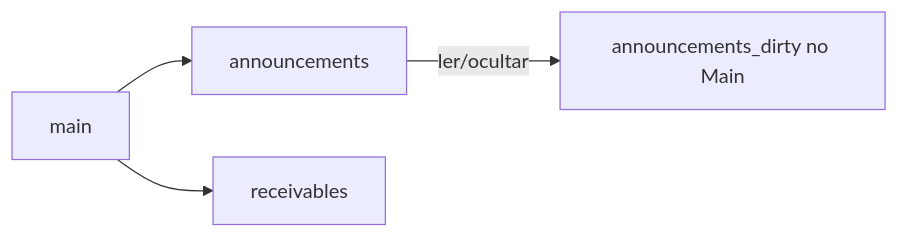
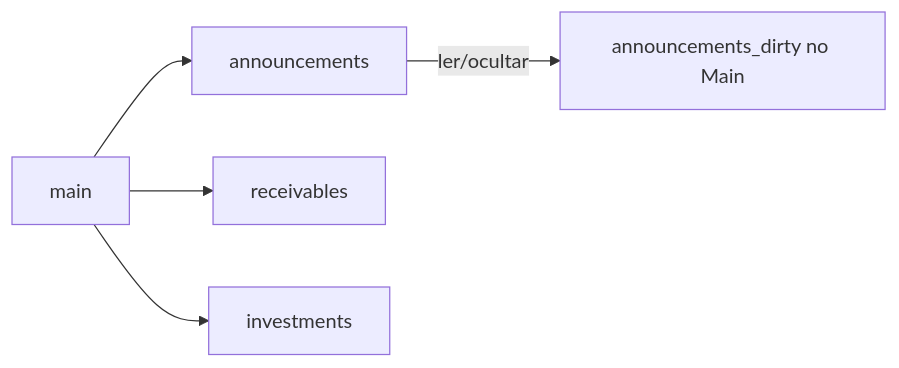
The ninth of 11 diagrams in docs/FLUXOGRAMAS_UI_E_NAVEGACAO.md (Andrinoo/well-paid), drawn with Mermaid before and after one commit. The commit also changed other lines of this file and 25 other files, not shown here.

````diff
--- a/docs/FLUXOGRAMAS_UI_E_NAVEGACAO.md
+++ b/docs/FLUXOGRAMAS_UI_E_NAVEGACAO.md
@@ -213,9 +216,11 @@
 ```mermaid
 flowchart LR
   main["main"]
   ann["announcements"]
   rec["receivables"]
+  inv["investments"]
   main --> ann
   main --> rec
+  main --> inv
   ann -->|ler/ocultar| dirty[announcements_dirty no Main]
 ```
````
